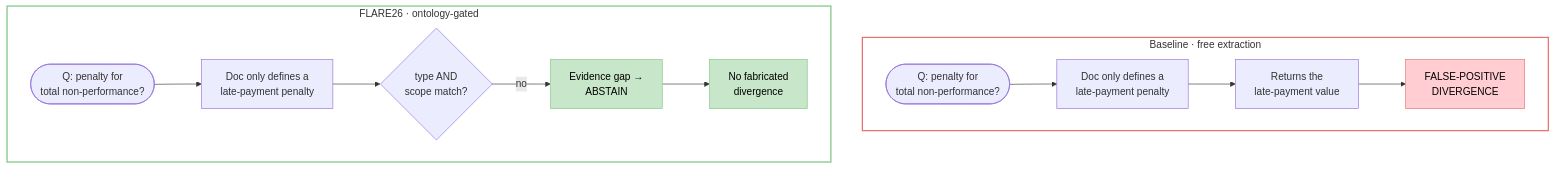
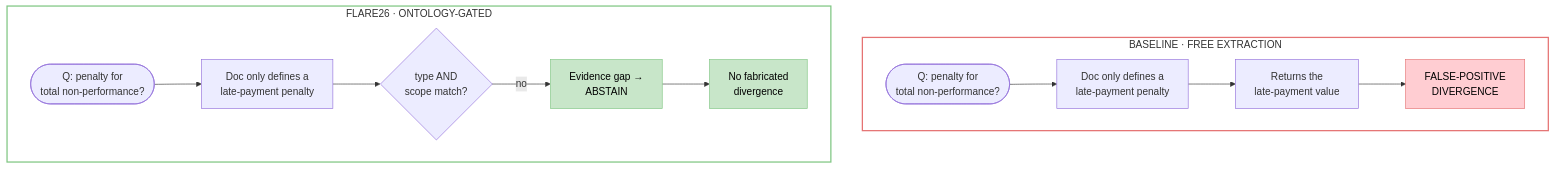
The second of 3 diagrams in README.md (marcospaula/FLARE26-P1), drawn with Mermaid before and after one commit. The commit also changed other lines of this file, not shown here.

````diff
--- a/README.md
+++ b/README.md
@@ -104,25 +104,25 @@
 ```mermaid
 %%{init: {'flowchart': {'curve': 'basis'}}}%%
 flowchart TB
-    subgraph BASE["Baseline · free extraction"]
+    subgraph BASE["BASELINE · FREE EXTRACTION"]
         direction LR
         QB([Q: penalty for<br/>total non-performance?]) --> EB["Doc only defines a<br/>late-payment penalty"]
         EB --> AB["Returns the<br/>late-payment value"]
         AB --> DB["FALSE-POSITIVE<br/>DIVERGENCE"]
     end
-    subgraph FLARE["FLARE26 · ontology-gated"]
+    subgraph FLARE["FLARE26 · ONTOLOGY-GATED"]
         direction LR
         QF([Q: penalty for<br/>total non-performance?]) --> EF["Doc only defines a<br/>late-payment penalty"]
         EF --> GF{"type AND<br/>scope match?"}
         GF -- no --> AF["Evidence gap →<br/>ABSTAIN"]
         AF --> DF["No fabricated<br/>divergence"]
     end
     classDef bad fill:#ffcdd2,stroke:#e57373,color:#000;
     classDef good fill:#c8e6c9,stroke:#81c784,color:#000;
     class DB bad;
     class AF,DF good;
 
     %% containers transparentes (dark-mode safe); borda vermelha = caminho que alucina, verde = caminho que se abstém
     style BASE fill:transparent,stroke:#e57373,stroke-width:2px
     style FLARE fill:transparent,stroke:#81c784,stroke-width:2px
 ```
````
